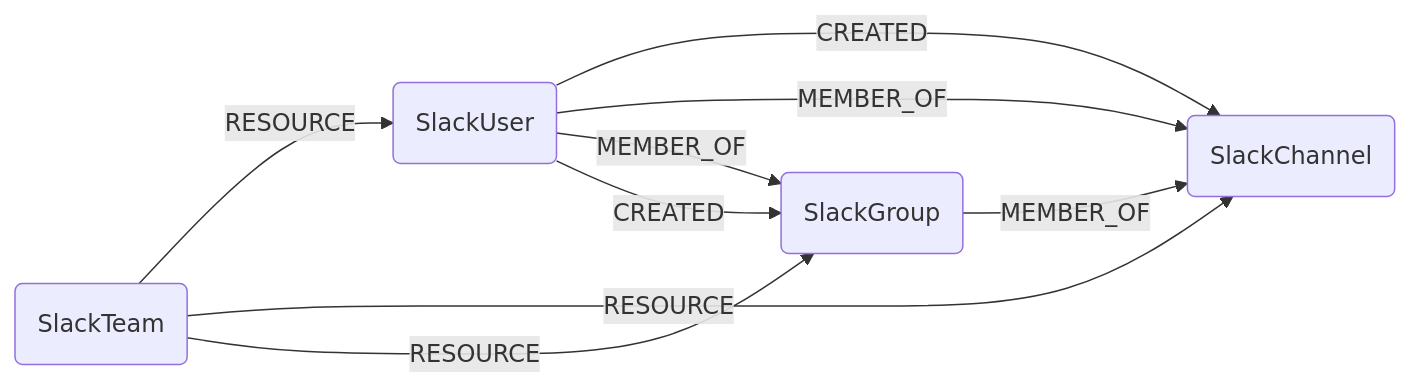
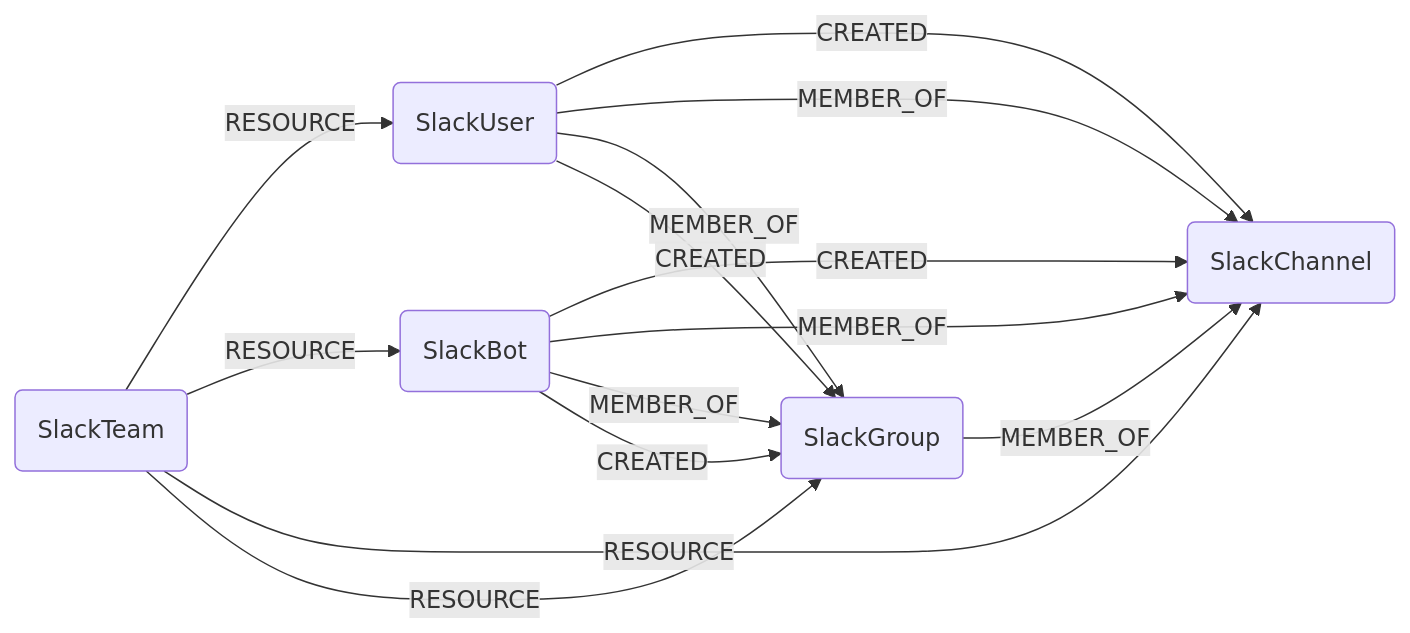
Before and after one commit to sec-js/cartography: the diagram in docs/root/modules/slack/schema.md, drawn with Mermaid. The commit also changed other lines of this file and 9 other files, not shown here.

````diff
--- a/docs/root/modules/slack/schema.md
+++ b/docs/root/modules/slack/schema.md
@@ -3,11 +3,16 @@
 ```mermaid
 graph LR
 ST(SlackTeam) -- RESOURCE --> SU(SlackUser)
+ST -- RESOURCE --> SB(SlackBot)
 ST -- RESOURCE --> SC(SlackChannel)
 ST -- RESOURCE --> SG(SlackGroup)
 SU -- CREATED --> SC
 SU -- MEMBER_OF --> SC
 SU -- MEMBER_OF --> SG
 SU -- CREATED --> SG
+SB -- CREATED --> SC
+SB -- MEMBER_OF --> SC
+SB -- MEMBER_OF --> SG
+SB -- CREATED --> SG
 SG -- MEMBER_OF --> SC
 ```
````
